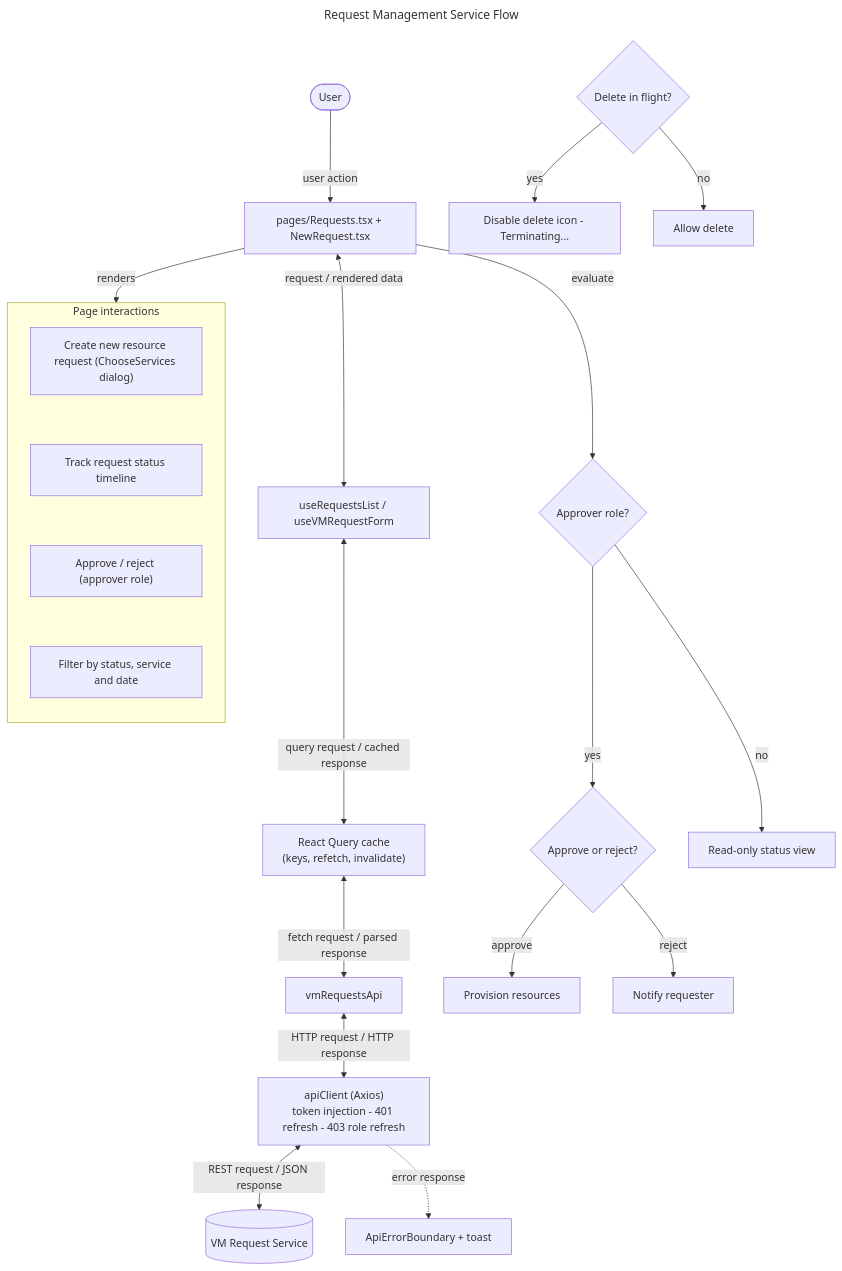
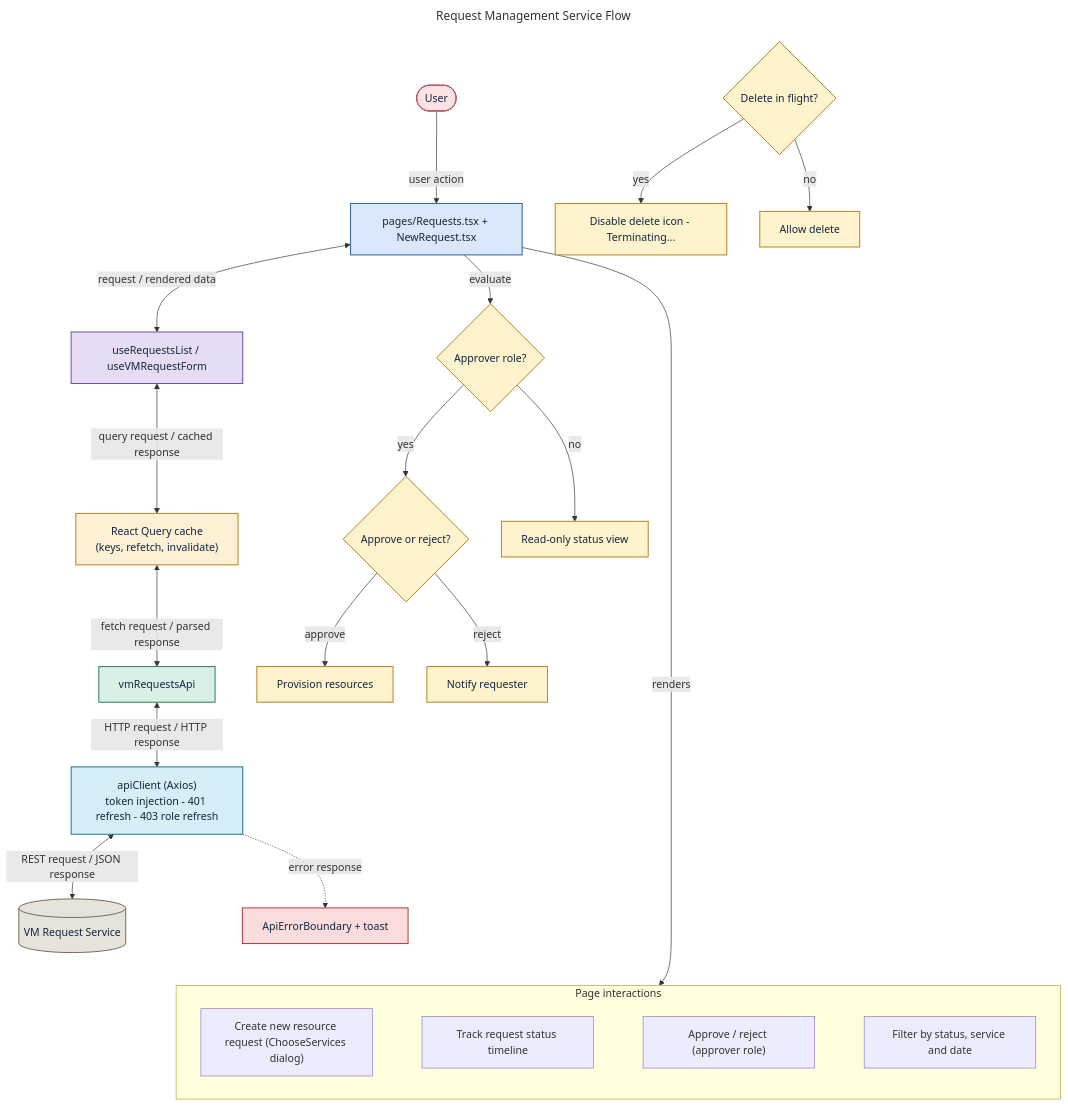
One commit to sayeeduddinofficial/user-table-view changed the diagram in docs/flowcharts/requests.mmd. Above: the diagram before and after it, drawn with Mermaid. The commit also changed 41 other files, not shown here.

Commit message:
Flowcharts

```diff
--- a/docs/flowcharts/requests.mmd
+++ b/docs/flowcharts/requests.mmd
@@ -1,29 +1,50 @@
 ---
 title: Request Management Service Flow
 ---
 flowchart TD
   U([User]) -->|"user action"| P["pages/Requests.tsx + NewRequest.tsx"]
   P <-->|"request / rendered data"| H["useRequestsList / useVMRequestForm"]
   H <-->|"query request / cached response"| Q["React Query cache<br/>(keys, refetch, invalidate)"]
   Q <-->|"fetch request / parsed response"| A["vmRequestsApi"]
   A <-->|"HTTP request / HTTP response"| C["apiClient (Axios)<br/>token injection - 401 refresh - 403 role refresh"]
   C <-->|"REST request / JSON response"| S[("VM Request Service")]
   P -->|"renders"| UI
   subgraph UI[Page interactions]
-    direction TB
+    direction LR
     S0["Create new resource request (ChooseServices dialog)"]
     S1["Track request status timeline"]
     S2["Approve / reject (approver role)"]
     S3["Filter by status, service and date"]
     S0 ~~~ S1 ~~~ S2 ~~~ S3
   end
   C -. "error response" .-> E["ApiErrorBoundary + toast"]
+  E ~~~ UI
 
   %% ---- Key decisions ----
   P -->|"evaluate"| X0
   X0{"Approver role?"} -->|"yes"| X1{"Approve or reject?"}
   X0 -->|"no"| X2["Read-only status view"]
   X1 -->|"approve"| X3["Provision resources"]
   X1 -->|"reject"| X4["Notify requester"]
   X5{"Delete in flight?"} -->|"yes"| X6["Disable delete icon - Terminating..."]
   X5 -->|"no"| X7["Allow delete"]
+
+%% ---- styles ----
+classDef actor fill:#fde2e4,stroke:#b3546a,stroke-width:1.5px,color:#12263f;
+classDef page fill:#dbe7fb,stroke:#2f5d9e,stroke-width:1.5px,color:#12263f;
+classDef hook fill:#e6ddf5,stroke:#6b4fa0,stroke-width:1.5px,color:#12263f;
+classDef cache fill:#fdf0d5,stroke:#b58324,stroke-width:1.5px,color:#12263f;
+classDef api fill:#d8f0e6,stroke:#2e7d5b,stroke-width:1.5px,color:#12263f;
+classDef client fill:#d5eef7,stroke:#22708c,stroke-width:1.5px,color:#12263f;
+classDef svc fill:#e6e2dc,stroke:#7a6a55,stroke-width:1.5px,color:#12263f;
+classDef err fill:#fbdcdc,stroke:#b03a3a,stroke-width:1.5px,color:#12263f;
+classDef dec fill:#fff3cd,stroke:#b58324,stroke-width:1.5px,color:#12263f;
+class A api;
+class C client;
+class E err;
+class H hook;
+class P page;
+class Q cache;
+class S svc;
+class U actor;
+class X0,X1,X2,X3,X4,X5,X6,X7 dec;
```
